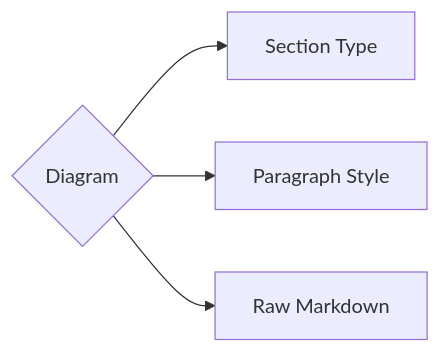
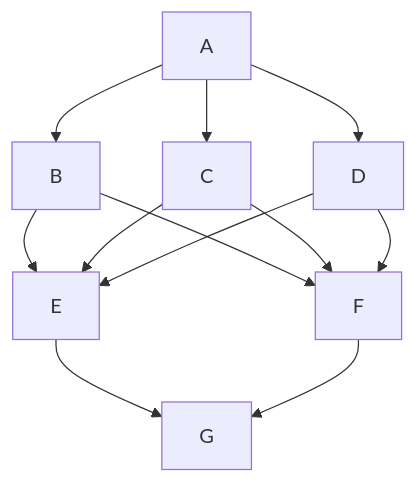
One commit to bcdavasconcelos/ScrivQ changed the fourth of 6 diagrams in export-mmd/ScrivQ24.qmd. Above: the diagram before and after it, drawn with Mermaid. The commit also changed other lines of this file and 467 other files, not shown here.

````diff
--- a/export-mmd/ScrivQ24.qmd
+++ b/export-mmd/ScrivQ24.qmd
@@ -600,9 +752,7 @@
 ```{mermaid}
 %%| label: fig-mermaid-a
 %%| fig-cap: Figure caption
 
-flowchart LR
-  A{Diagram} --> B[Section Type]
-  A --> C[Paragraph Style]
-  A --> D[Raw Markdown]
+flowchart
+    A --> B & C & D --> E & F --> G
 ```
````
